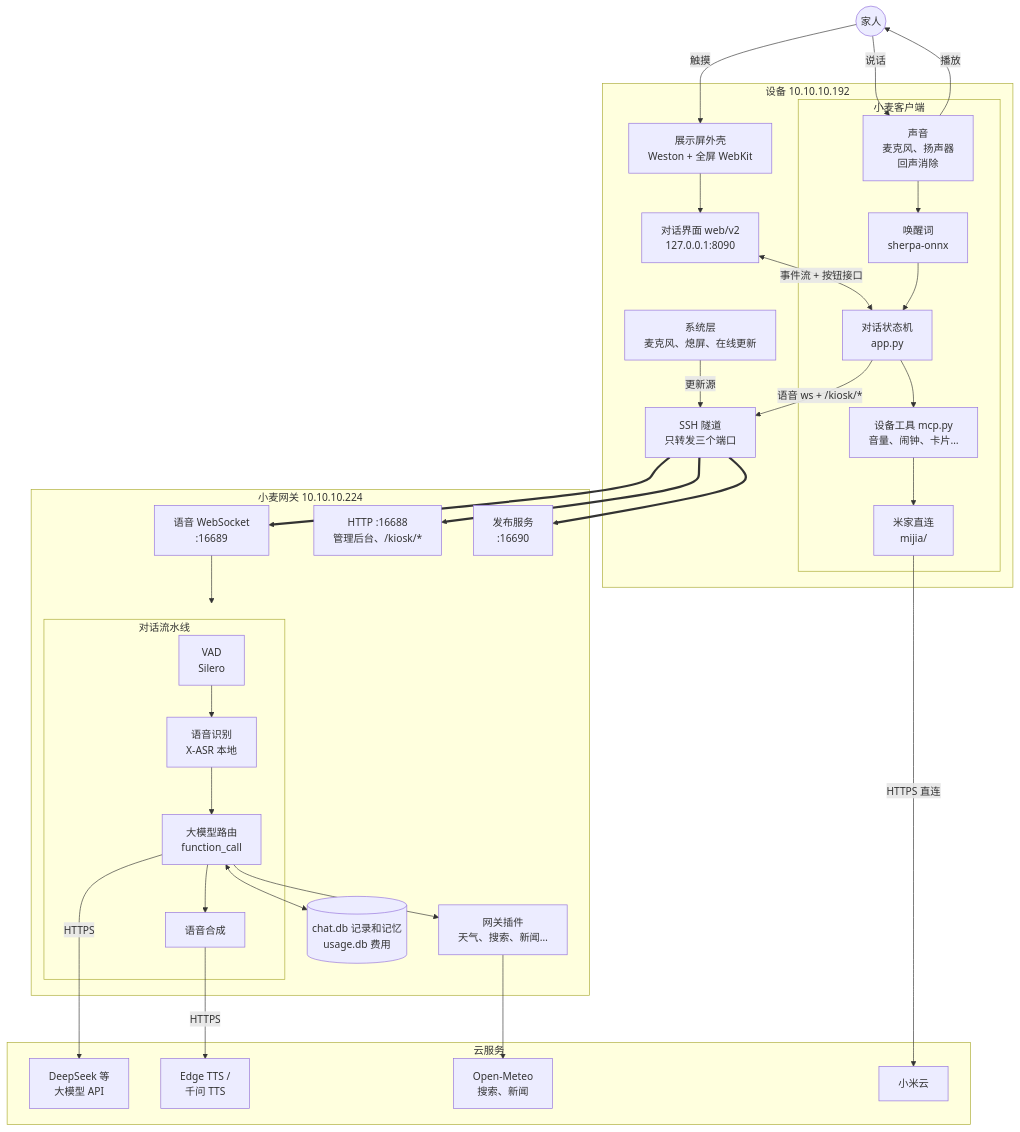
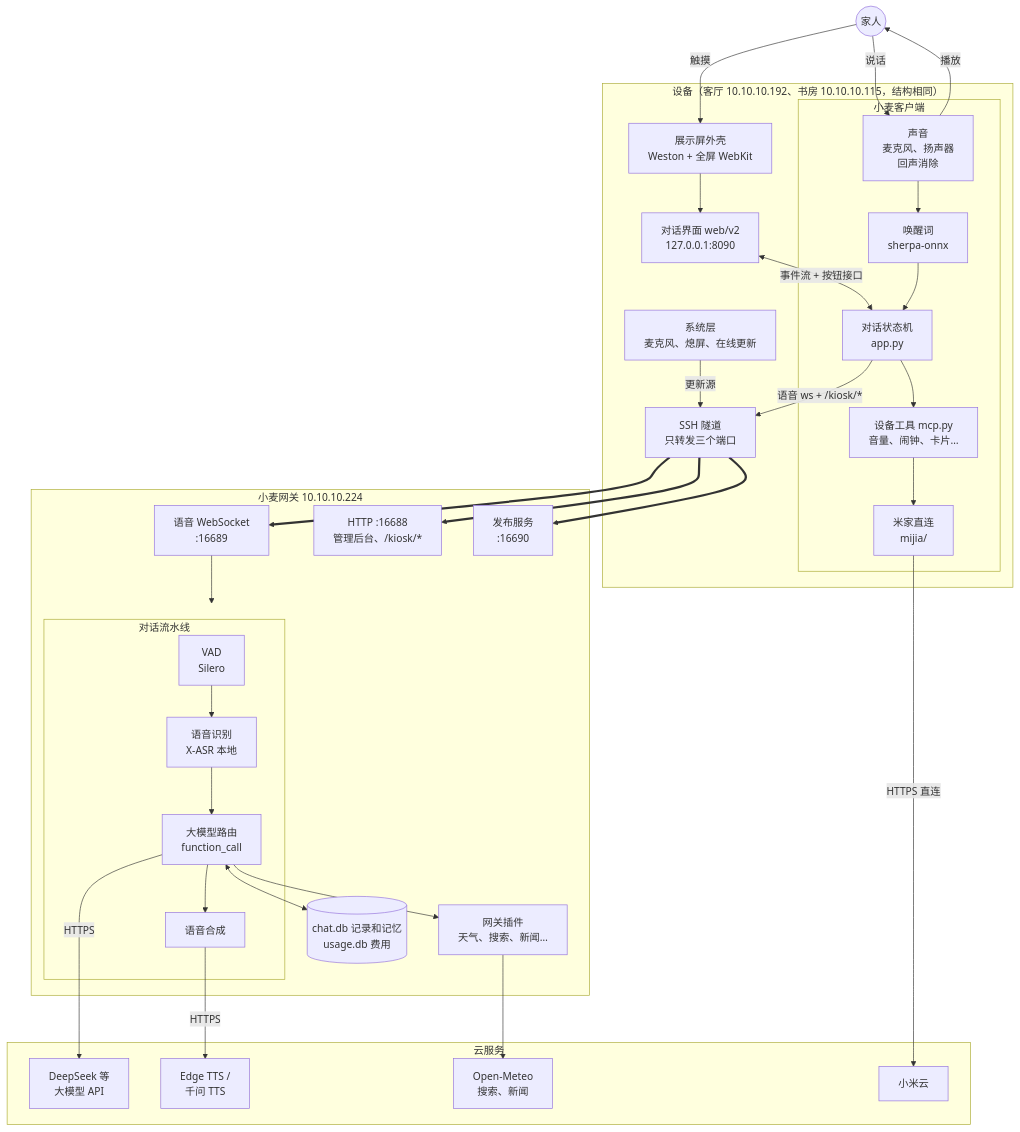
The first of 10 diagrams in docs/architecture.md (aimuch/ThinkSmartView), drawn with Mermaid before and after one commit.

Commit message:
文档：架构图加上书房中枢屏（10.10.10.115）

````diff
--- a/docs/architecture.md
+++ b/docs/architecture.md
@@ -9,52 +9,52 @@
 ```mermaid
 flowchart TB
   user(("家人"))
 
-  subgraph dev["设备 10.10.10.192"]
+  subgraph dev["设备（客厅 10.10.10.192、书房 10.10.10.115，结构相同）"]
     shell["展示屏外壳<br/>Weston + 全屏 WebKit"]
     ui["对话界面 web/v2<br/>127.0.0.1:8090"]
     subgraph client["小麦客户端"]
       audio["声音<br/>麦克风、扬声器<br/>回声消除"]
       kws["唤醒词<br/>sherpa-onnx"]
       core["对话状态机<br/>app.py"]
       tools["设备工具 mcp.py<br/>音量、闹钟、卡片…"]
       mijia["米家直连<br/>mijia/"]
     end
     sys["系统层<br/>麦克风、熄屏、在线更新"]
     tunnel["SSH 隧道<br/>只转发三个端口"]
   end
 
   subgraph hub["小麦网关 10.10.10.224"]
     ws["语音 WebSocket<br/>:16689"]
     http["HTTP :16688<br/>管理后台、/kiosk/*"]
     rel["发布服务<br/>:16690"]
     subgraph pipe["对话流水线"]
       vad["VAD<br/>Silero"] --> asr["语音识别<br/>X-ASR 本地"] --> llm["大模型路由<br/>function_call"] --> tts["语音合成"]
     end
     plugins["网关插件<br/>天气、搜索、新闻…"]
     db[("chat.db 记录和记忆<br/>usage.db 费用")]
   end
 
   subgraph cloud["云服务"]
     deepseek["DeepSeek 等<br/>大模型 API"]
     ttsc["Edge TTS /<br/>千问 TTS"]
     meteo["Open-Meteo<br/>搜索、新闻"]
     mi["小米云"]
   end
 
   user -- 说话 --> audio
   audio -- 播放 --> user
   user -- 触摸 --> shell --> ui
   ui <-- "事件流 + 按钮接口" --> core
   audio --> kws --> core
   core --> tools --> mijia
   core -- "语音 ws + /kiosk/*" --> tunnel
   sys -- 更新源 --> tunnel
   tunnel ==> ws & http & rel
   ws --> pipe
   llm <--> db
   llm --> plugins --> meteo
   llm -- HTTPS --> deepseek
   tts -- HTTPS --> ttsc
   mijia -- HTTPS 直连 --> mi
 ```
````
